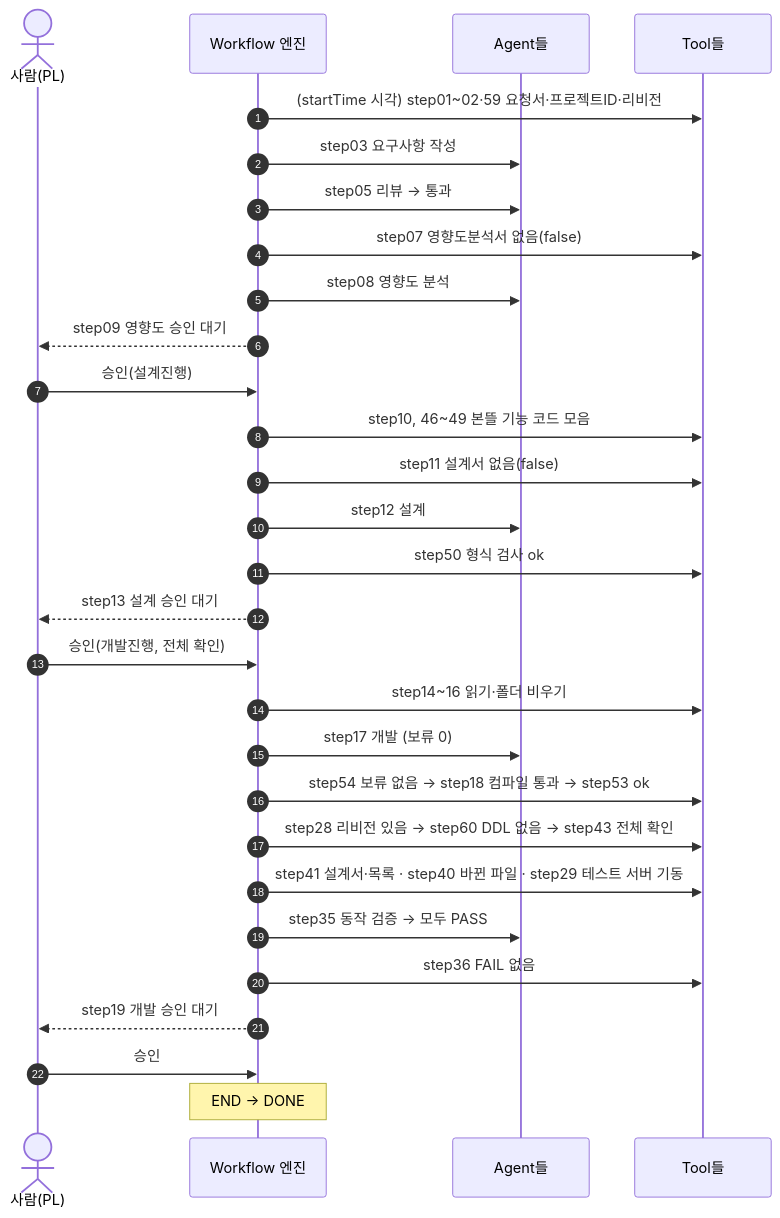
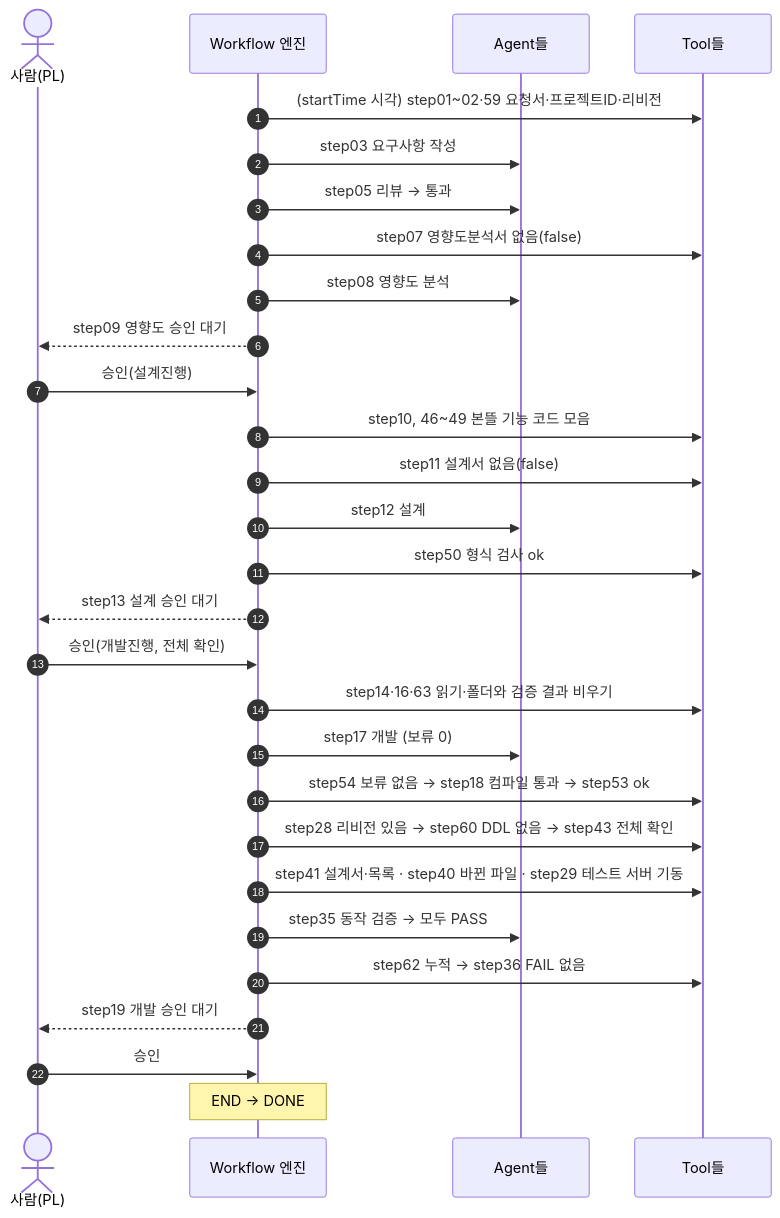
One commit to YongSoekChoeng/dstone changed diagram 22 of 24 in docs/09.dstone-ai-engine-sm-workflow.md. Above: the diagram before and after it, drawn with Mermaid. The commit also changed other lines of this file and 9 other files, not shown here.

````diff
--- a/docs/09.dstone-ai-engine-sm-workflow.md
+++ b/docs/09.dstone-ai-engine-sm-workflow.md
@@ -1569,31 +1598,31 @@
 ```mermaid
 sequenceDiagram
     autonumber
     actor PL as 사람(PL)
     participant WF as Workflow 엔진
     participant AG as Agent들
     participant TL as Tool들
     WF->>TL: (startTime 시각) step01~02·59 요청서·프로젝트ID·리비전
     WF->>AG: step03 요구사항 작성
     WF->>AG: step05 리뷰 → 통과
     WF->>TL: step07 영향도분석서 없음(false)
     WF->>AG: step08 영향도 분석
     WF-->>PL: step09 영향도 승인 대기
     PL->>WF: 승인(설계진행)
     WF->>TL: step10, 46~49 본뜰 기능 코드 모음
     WF->>TL: step11 설계서 없음(false)
     WF->>AG: step12 설계
     WF->>TL: step50 형식 검사 ok
     WF-->>PL: step13 설계 승인 대기
     PL->>WF: 승인(개발진행, 전체 확인)
-    WF->>TL: step14~16 읽기·폴더 비우기
+    WF->>TL: step14·16·63 읽기·폴더와 검증 결과 비우기
     WF->>AG: step17 개발 (보류 0)
     WF->>TL: step54 보류 없음 → step18 컴파일 통과 → step53 ok
     WF->>TL: step28 리비전 있음 → step60 DDL 없음 → step43 전체 확인
     WF->>TL: step41 설계서·목록 · step40 바뀐 파일 · step29 테스트 서버 기동
     WF->>AG: step35 동작 검증 → 모두 PASS
-    WF->>TL: step36 FAIL 없음
+    WF->>TL: step62 누적 → step36 FAIL 없음
     WF-->>PL: step19 개발 승인 대기
     PL->>WF: 승인
     Note over WF: END → DONE
 ```
````
